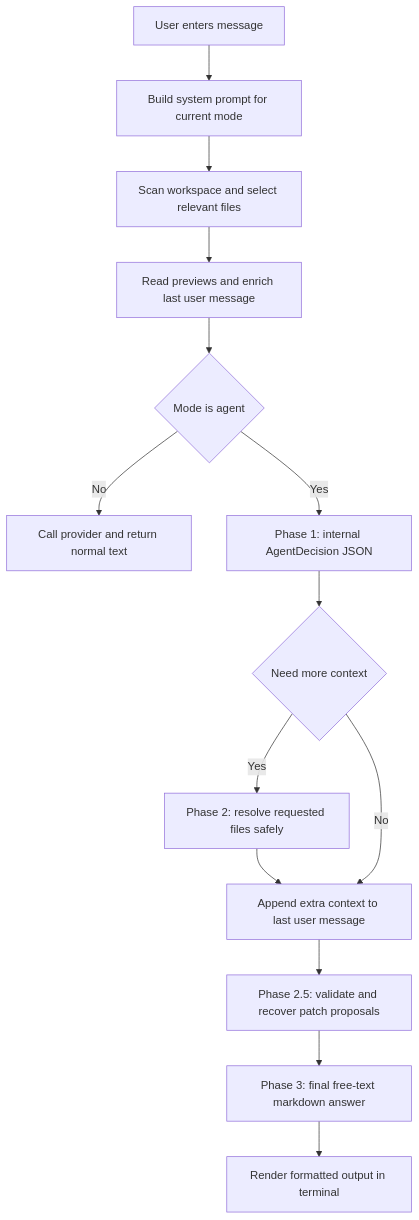
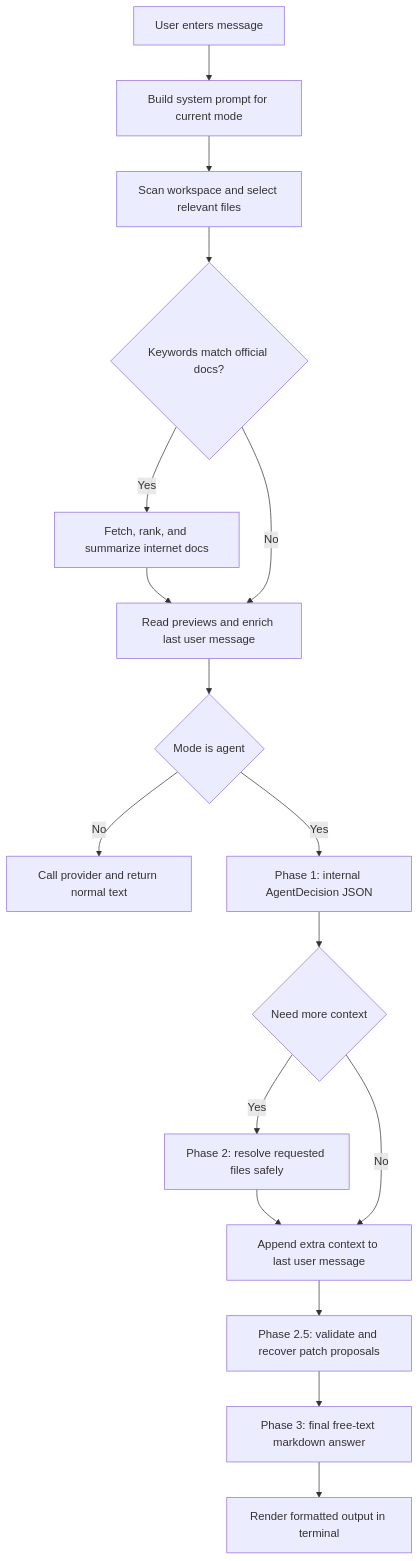
One commit to lucasaguilar/rei changed the first of 2 diagrams in README.md. Above: the diagram before and after it, drawn with Mermaid. The commit also changed other lines of this file, not shown here.

Commit message:
docs: add documentation and flowchart for the RAG external knowledge layer

````diff
--- a/README.md
+++ b/README.md
@@ -426,16 +443,20 @@
 ```mermaid
 flowchart TD
   A[User enters message] --> B[Build system prompt for current mode]
   B --> C[Scan workspace and select relevant files]
-  C --> D[Read previews and enrich last user message]
+  C --> C2{Keywords match official docs?}
+  C2 -->|Yes| C3[Fetch, rank, and summarize internet docs]
+  C3 --> D[Read previews and enrich last user message]
+  C2 -->|No| D
+
   D --> E{Mode is agent}
   E -->|No| F[Call provider and return normal text]
   E -->|Yes| G[Phase 1: internal AgentDecision JSON]
   G --> H{Need more context}
   H -->|Yes| I[Phase 2: resolve requested files safely]
   I --> J[Append extra context to last user message]
   H -->|No| J
   J --> K[Phase 2.5: validate and recover patch proposals]
   K --> L[Phase 3: final free-text markdown answer]
   L --> M[Render formatted output in terminal]
 ```
````
